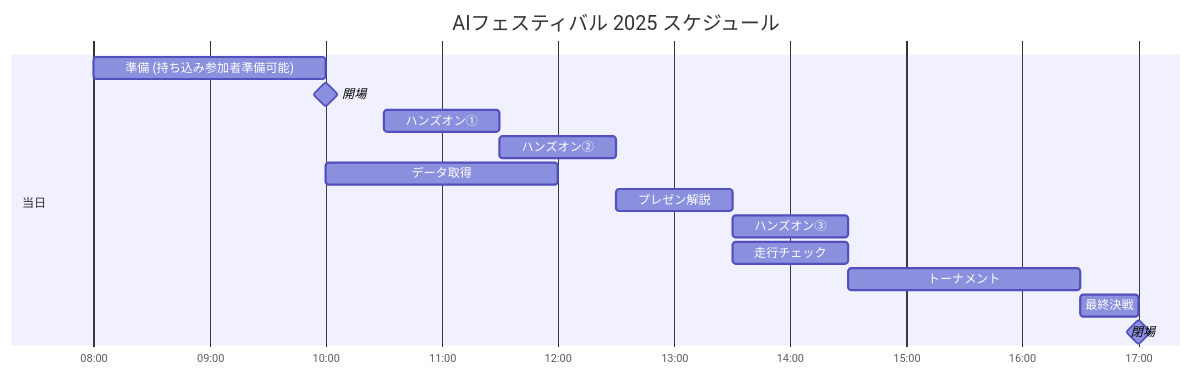
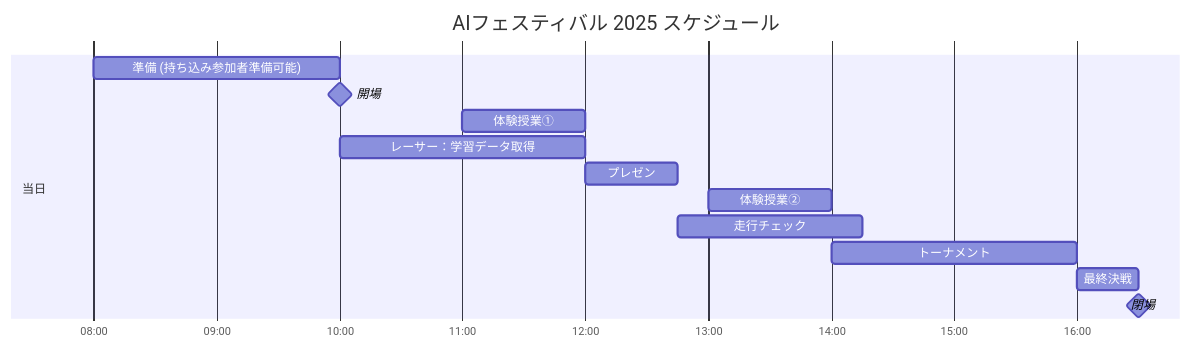
The diagram in AIFestival2025/AI_festival_plan_for_racer.md (KwikHangout/AI-RC), drawn with Mermaid before and after one commit. The commit also changed other lines of this file, not shown here.

````diff
--- a/AIFestival2025/AI_festival_plan_for_racer.md
+++ b/AIFestival2025/AI_festival_plan_for_racer.md
@@ -109,19 +108,18 @@
 ```mermaid
 gantt
     title AIフェスティバル 2025 スケジュール
     dateFormat YYYY-MM-DD HH:mm
     axisFormat %H:%M
 
     section 当日
     準備 (持ち込み参加者準備可能) :prep2, 2024-11-08 08:00, 2h
     開場 :milestone, open, 2024-11-08 10:00, 0h
-    ハンズオン① :hands1, 2024-11-08 10:30, 1h
-    ハンズオン② :hands2, after hands1, 1h
-    データ取得 :hands3, after open, 2h
-    プレゼン解説 :presentation, after hands2, 1h
-    ハンズオン③ :hands3, after presentation, 1h
-    走行チェック :hands4, after presentation, 1h
+    体験授業① :hands1, 2024-11-08 11:00, 1h
+    レーサー：学習データ取得 :racer, after open, 2h
+    プレゼン :presentation, after racer, 0.75h
+    体験授業② :hands3,2024-11-08 13:00, 1h
+    走行チェック :hands4, after presentation, 1.5h
     トーナメント :tournament, after hands3, 2h
     最終決戦 :final, after tournament, 30m
     閉場 :milestone, close, after final, 0h
 ```
````
